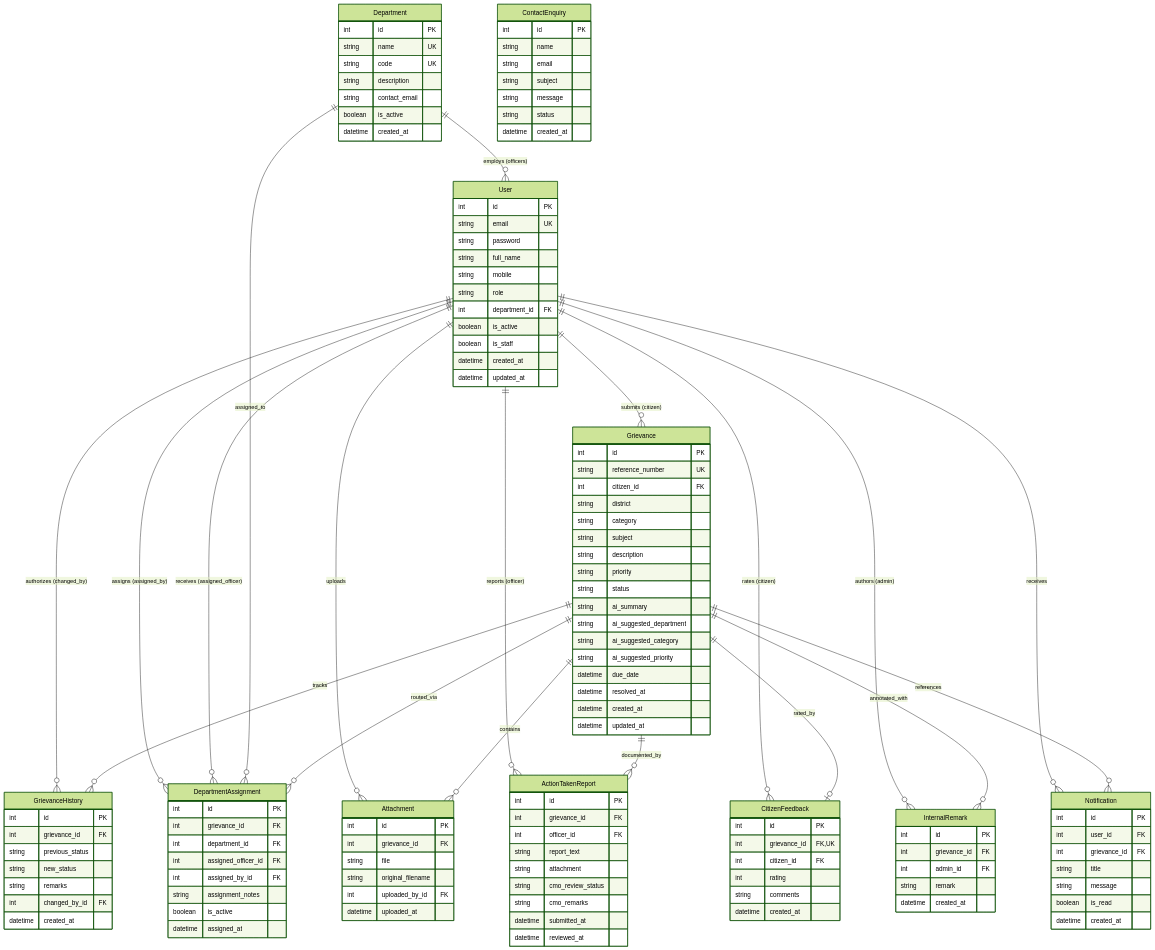
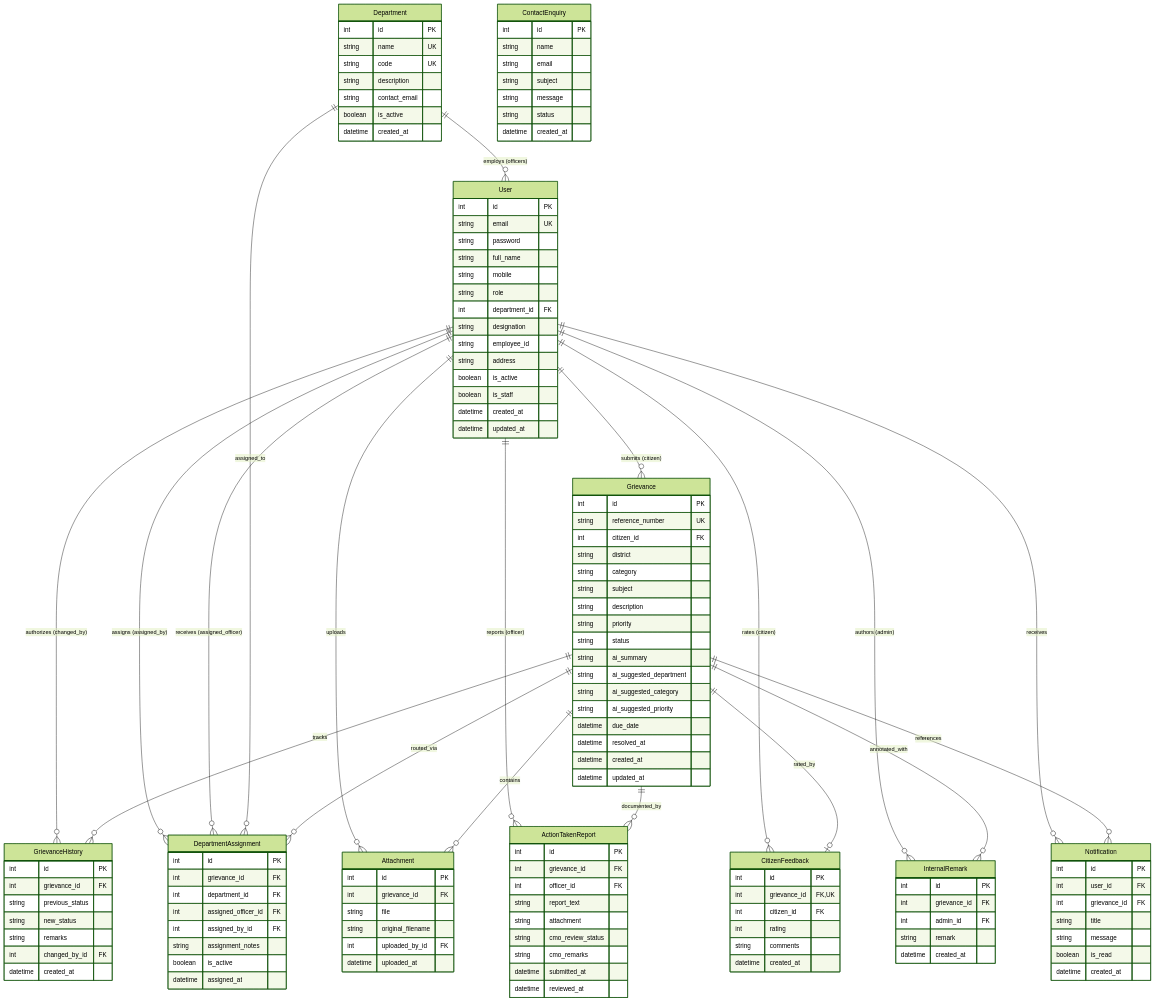
One commit to SandeepSreekailas/janaseva-kerala changed the diagram in DOCUMENTATION/03_Database_Design.md. Above: the diagram before and after it, drawn with Mermaid (forest theme). The commit also changed other lines of this file and 8 other files, not shown here.

```diff
--- a/DOCUMENTATION/03_Database_Design.md
+++ b/DOCUMENTATION/03_Database_Design.md
@@ -56,6 +56,9 @@
         string mobile
         string role
         int department_id FK
+        string designation
+        string employee_id
+        string address
         boolean is_active
         boolean is_staff
         datetime created_at
```
